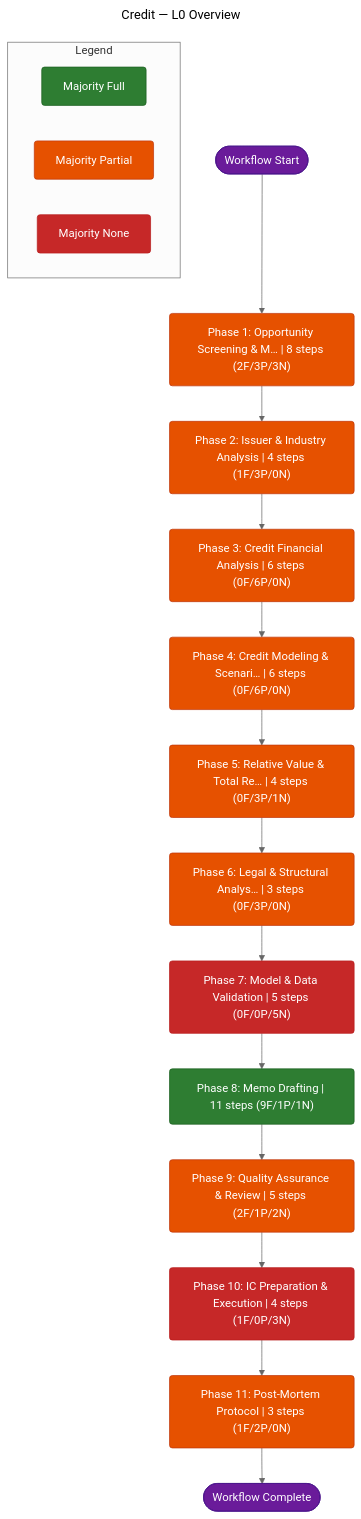
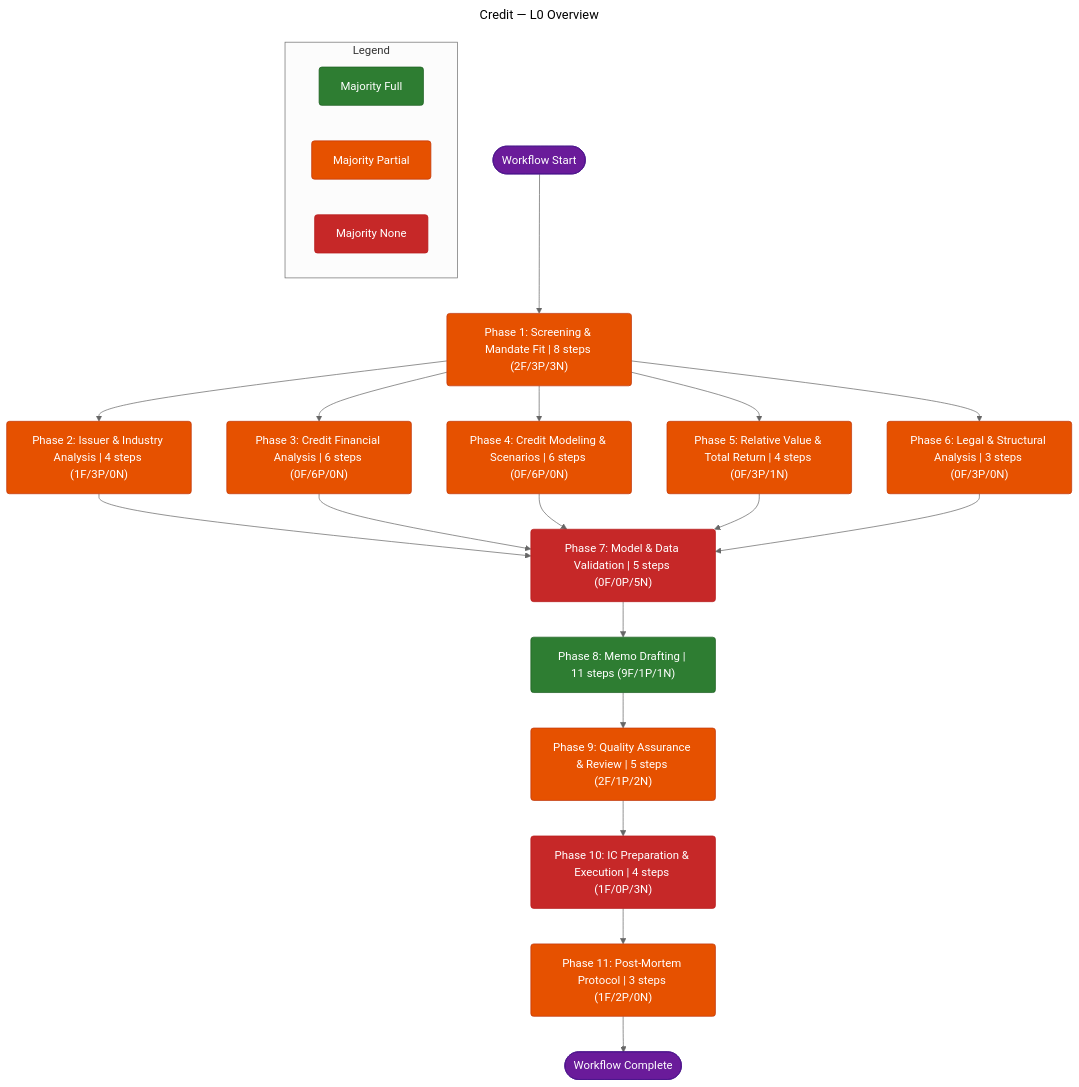
The diagram in credit_L0_overview.mermaid (qaz027/credit_memo_workflow), drawn with Mermaid (neutral theme) before and after one commit.

Commit message:
Add files via upload
update to credit memo overview

```diff
--- a/credit_L0_overview.mermaid
+++ b/credit_L0_overview.mermaid
@@ -1,46 +1,61 @@
 ---
 title: "Credit — L0 Overview"
 ---
 flowchart TD
     classDef llmFull fill:#2E7D32,stroke:#1B5E20,color:#fff,rx:4,ry:4
     classDef llmPartial fill:#E65100,stroke:#BF360C,color:#fff,rx:4,ry:4
     classDef llmNone fill:#C62828,stroke:#B71C1C,color:#fff,rx:4,ry:4
     classDef gate fill:#F9A825,stroke:#F57F17,color:#1a202c,font-weight:bold,rx:4,ry:4
     classDef decision fill:#1565C0,stroke:#0D47A1,color:#fff,rx:12,ry:12
     classDef endpoint fill:#6A1B9A,stroke:#4A148C,color:#fff,rx:20,ry:20
     classDef handoff fill:#4527A0,stroke:#311B92,color:#fff,rx:4,ry:4
     classDef futureUpgrade fill:#2E7D32,stroke:#1B5E20,color:#fff,rx:4,ry:4,stroke-width:3px,stroke-dasharray:5 5
 
     ENTRY(["Workflow Start"]):::endpoint
 
-    P1["Phase 1: Opportunity Screening & M… | 8 steps (2F/3P/3N)"]:::llmPartial
+    P1["Phase 1: Screening & Mandate Fit | 8 steps (2F/3P/3N)"]:::llmPartial
     ENTRY --> P1
+
+    %% Phases 2-6 run in parallel after screening
     P2["Phase 2: Issuer & Industry Analysis | 4 steps (1F/3P/0N)"]:::llmPartial
+    P3["Phase 3: Credit Financial Analysis | 6 steps (0F/6P/0N)"]:::llmPartial
+    P4["Phase 4: Credit Modeling & Scenarios | 6 steps (0F/6P/0N)"]:::llmPartial
+    P5["Phase 5: Relative Value & Total Return | 4 steps (0F/3P/1N)"]:::llmPartial
+    P6["Phase 6: Legal & Structural Analysis | 3 steps (0F/3P/0N)"]:::llmPartial
+
     P1 --> P2
-    P3["Phase 3: Credit Financial Analysis | 6 steps (0F/6P/0N)"]:::llmPartial
-    P2 --> P3
-    P4["Phase 4: Credit Modeling & Scenari… | 6 steps (0F/6P/0N)"]:::llmPartial
-    P3 --> P4
-    P5["Phase 5: Relative Value & Total Re… | 4 steps (0F/3P/1N)"]:::llmPartial
-    P4 --> P5
-    P6["Phase 6: Legal & Structural Analys… | 3 steps (0F/3P/0N)"]:::llmPartial
-    P5 --> P6
+    P1 --> P3
+    P1 --> P4
+    P1 --> P5
+    P1 --> P6
+
+    %% All parallel streams converge into validation
     P7["Phase 7: Model & Data Validation | 5 steps (0F/0P/5N)"]:::llmNone
+
+    P2 --> P7
+    P3 --> P7
+    P4 --> P7
+    P5 --> P7
     P6 --> P7
+
+    %% Sequential from here
     P8["Phase 8: Memo Drafting | 11 steps (9F/1P/1N)"]:::llmFull
     P7 --> P8
+
     P9["Phase 9: Quality Assurance & Review | 5 steps (2F/1P/2N)"]:::llmPartial
     P8 --> P9
+
     P10["Phase 10: IC Preparation & Execution | 4 steps (1F/0P/3N)"]:::llmNone
     P9 --> P10
+
     P11["Phase 11: Post-Mortem Protocol | 3 steps (1F/2P/0N)"]:::llmPartial
     P10 --> P11
 
     P11 --> DONE(["Workflow Complete"]):::endpoint
 
     subgraph Legend
         direction LR
         LEG_F["Majority Full"]:::llmFull
         LEG_P["Majority Partial"]:::llmPartial
         LEG_N["Majority None"]:::llmNone
     end
```
